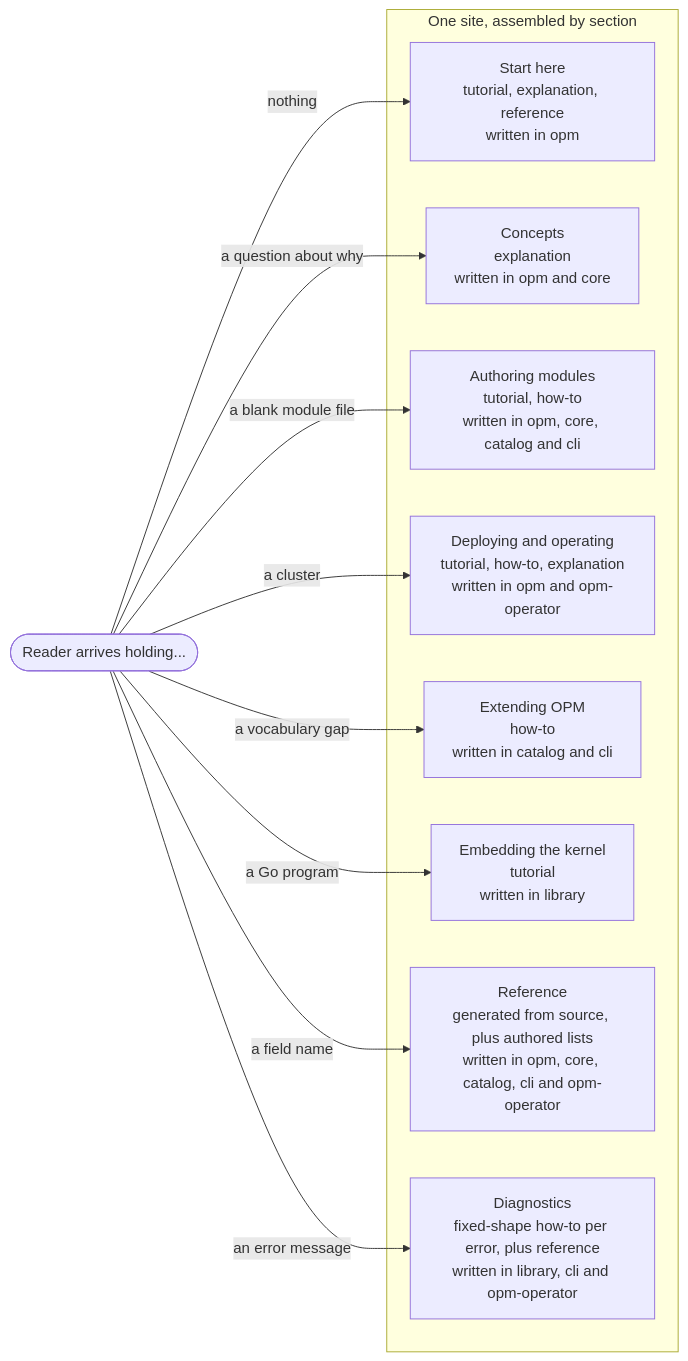
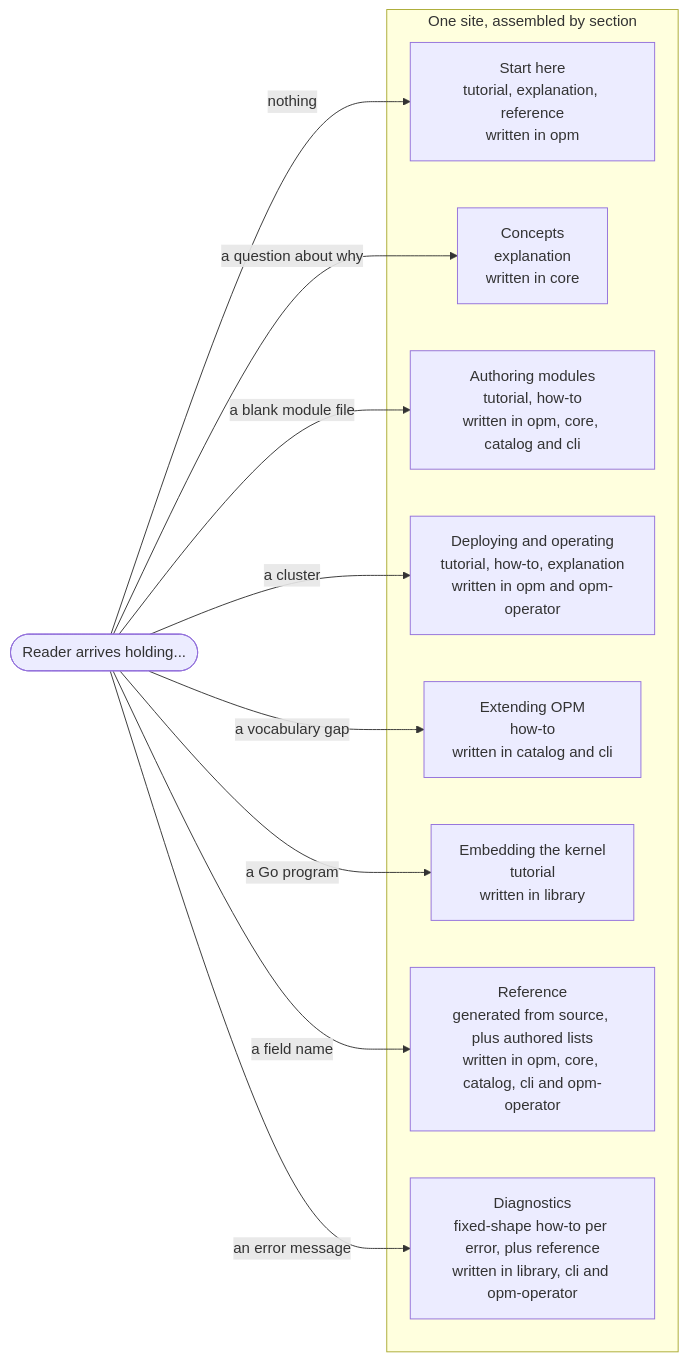
One commit to open-platform-model/enhancements changed the diagram in 0018/README.md. Above: the diagram before and after it, drawn with Mermaid. The commit also changed other lines of this file and 3 other files, not shown here.

````diff
--- a/0018/README.md
+++ b/0018/README.md
@@ -27,22 +27,22 @@
 ```mermaid
 flowchart LR
     reader(["Reader arrives holding..."])
     subgraph site ["One site, assembled by section"]
         sStart["Start here<br/>tutorial, explanation, reference<br/>written in opm"]
-        sConcepts["Concepts<br/>explanation<br/>written in opm and core"]
+        sConcepts["Concepts<br/>explanation<br/>written in core"]
         sAuthoring["Authoring modules<br/>tutorial, how-to<br/>written in opm, core, catalog and cli"]
         sDeploy["Deploying and operating<br/>tutorial, how-to, explanation<br/>written in opm and opm-operator"]
         sExtending["Extending OPM<br/>how-to<br/>written in catalog and cli"]
         sEmbedding["Embedding the kernel<br/>tutorial<br/>written in library"]
         sReference["Reference<br/>generated from source, plus authored lists<br/>written in opm, core, catalog, cli and opm-operator"]
         sDiagnostics["Diagnostics<br/>fixed-shape how-to per error, plus reference<br/>written in library, cli and opm-operator"]
     end
     reader -->|nothing| sStart
     reader -->|a question about why| sConcepts
     reader -->|a blank module file| sAuthoring
     reader -->|a cluster| sDeploy
     reader -->|a vocabulary gap| sExtending
     reader -->|a Go program| sEmbedding
     reader -->|a field name| sReference
     reader -->|an error message| sDiagnostics
 ```
````
